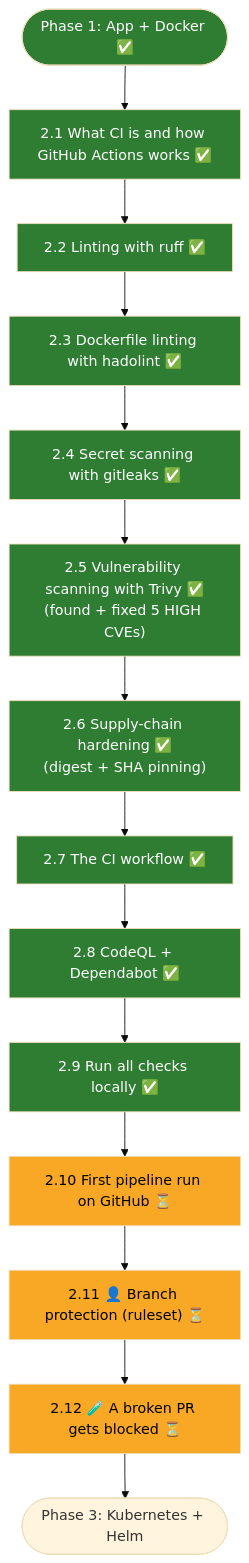
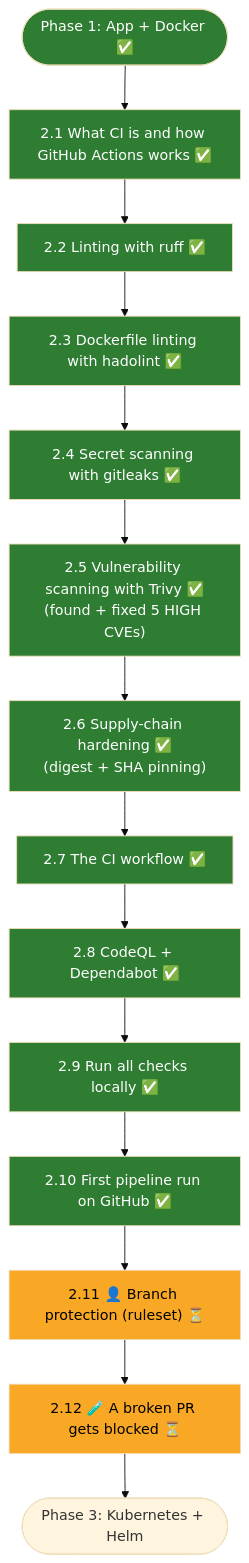
Before and after one commit to valinfernanda/devops-project: the first of 4 diagrams in docs/02-ci.md, drawn with Mermaid (base theme). The commit also changed other lines of this file and 3 other files, not shown here.

Commit message:
docs: Phase 2 first CI run results, ruleset guide, README badges

````diff
--- a/docs/02-ci.md
+++ b/docs/02-ci.md
@@ -15,21 +15,21 @@
 ```mermaid
 flowchart TD
     P1(["Phase 1: App + Docker ✅"]) --> A
     A["2.1 What CI is and how GitHub Actions works ✅"] --> B["2.2 Linting with ruff ✅"]
     B --> C["2.3 Dockerfile linting with hadolint ✅"]
     C --> D["2.4 Secret scanning with gitleaks ✅"]
     D --> E["2.5 Vulnerability scanning with Trivy ✅<br/>(found + fixed 5 HIGH CVEs)"]
     E --> F["2.6 Supply-chain hardening ✅<br/>(digest + SHA pinning)"]
     F --> G["2.7 The CI workflow ✅"]
     G --> H["2.8 CodeQL + Dependabot ✅"]
     H --> I["2.9 Run all checks locally ✅"]
-    I --> J["2.10 First pipeline run on GitHub ⏳"]
+    I --> J["2.10 First pipeline run on GitHub ✅"]
     J --> K["2.11 👤 Branch protection (ruleset) ⏳"]
     K --> L["2.12 🧪 A broken PR gets blocked ⏳"]
     L --> P3(["Phase 3: Kubernetes + Helm"])
 
     classDef done fill:#2e7d32,color:#fff
     classDef wait fill:#f9a825,color:#000
-    class P1,A,B,C,D,E,F,G,H,I done
-    class J,K,L wait
+    class P1,A,B,C,D,E,F,G,H,I,J done
+    class K,L wait
 ```
````
